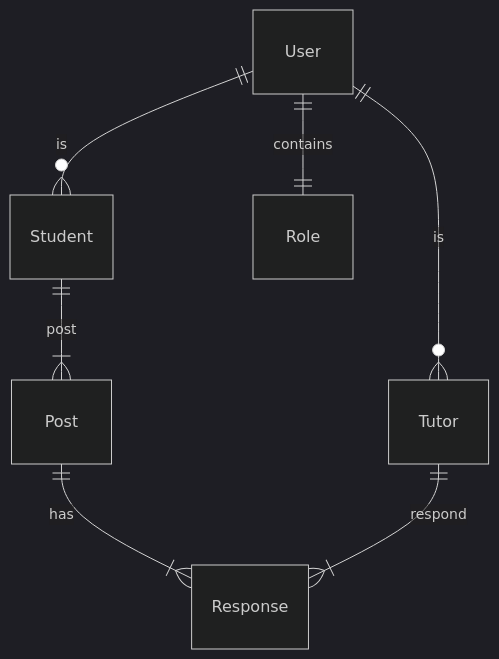
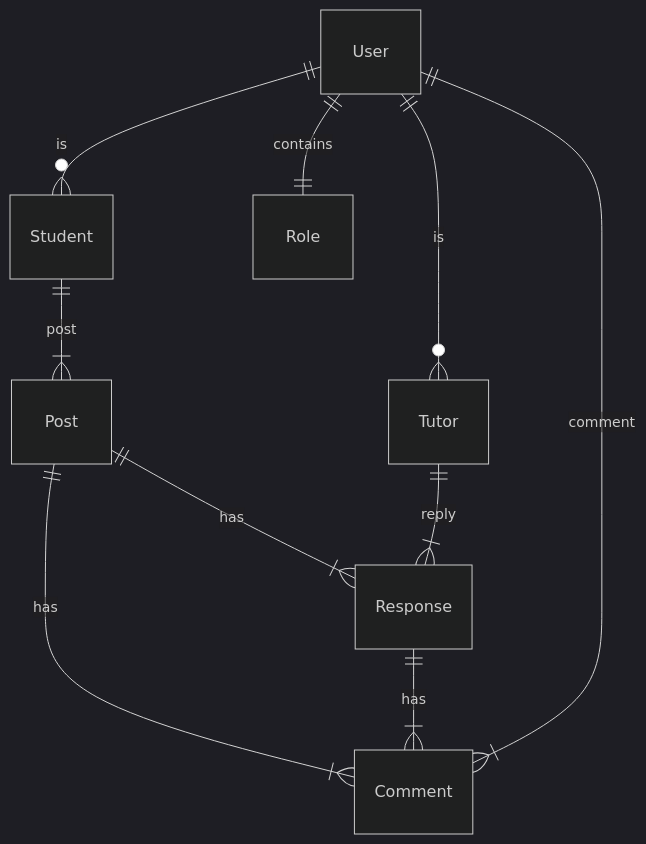
The first of 2 diagrams in README.md (stivendiaz/licence-plate-restriction), drawn with Mermaid before and after one commit. The commit also changed other lines of this file, not shown here.

````diff
--- a/README.md
+++ b/README.md
@@ -36,10 +36,13 @@
 ```mermaid
 %%{init: {'theme':'dark'}}%%
 erDiagram
     Student ||--|{ Post : "post"
     Post ||--|{ Response: has
-    Tutor ||--|{ Response: respond
+    Post ||--|{ Comment: has
+    Response ||--|{ Comment: has
+    Tutor ||--|{ Response: reply
+    User ||--|{ Comment: comment
     User ||--o{ Student: is
     User ||--o{ Tutor : is
     User ||--|| Role : contains
 ```
````
